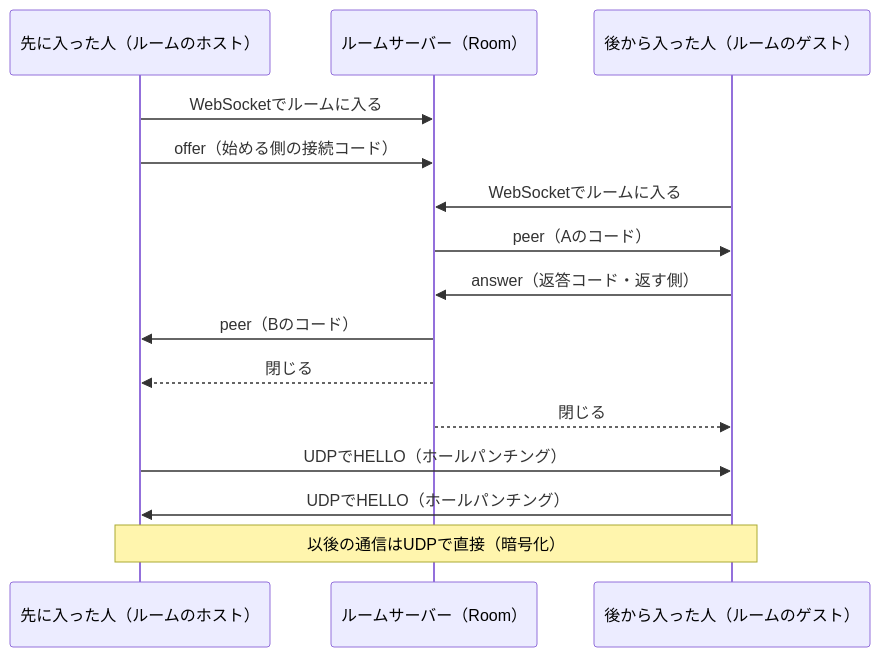
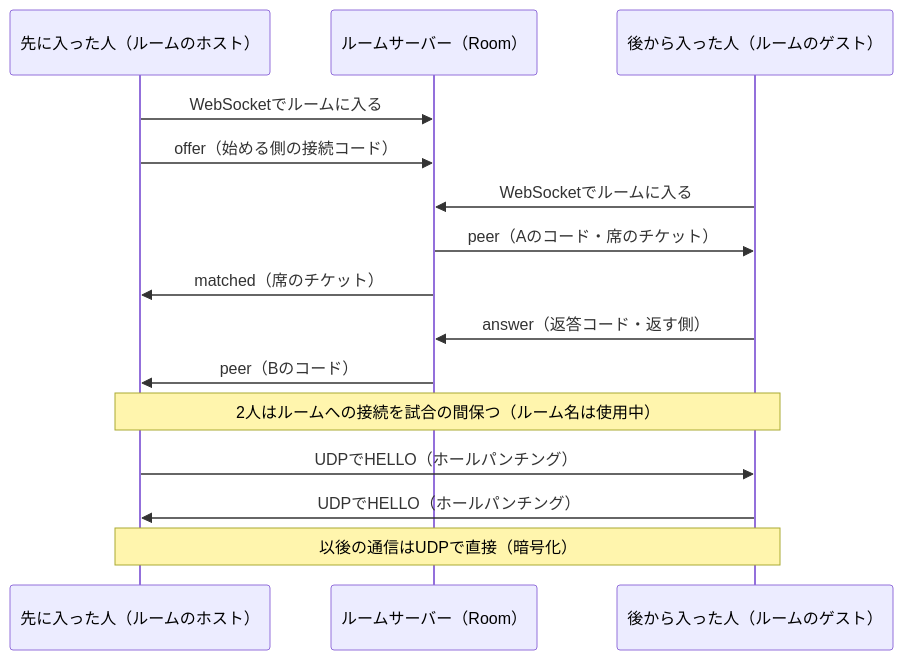
The second of 2 diagrams in TECHNICAL.md (Mako-th/HiganRTool), drawn with Mermaid before and after one commit. The commit also changed other lines of this file and 388 other files, not shown here.

````diff
--- a/TECHNICAL.md
+++ b/TECHNICAL.md
@@ -486,17 +527,17 @@
 ```mermaid
 sequenceDiagram
   participant A as 先に入った人（ルームのホスト）
   participant S as ルームサーバー（Room）
   participant B as 後から入った人（ルームのゲスト）
   A->>S: WebSocketでルームに入る
   A->>S: offer（始める側の接続コード）
   B->>S: WebSocketでルームに入る
-  S->>B: peer（Aのコード）
+  S->>B: peer（Aのコード・席のチケット）
+  S->>A: matched（席のチケット）
   B->>S: answer（返答コード・返す側）
   S->>A: peer（Bのコード）
-  S-->>A: 閉じる
-  S-->>B: 閉じる
+  Note over A,B: 2人はルームへの接続を試合の間保つ（ルーム名は使用中）
   A->>B: UDPでHELLO（ホールパンチング）
   B->>A: UDPでHELLO（ホールパンチング）
   Note over A,B: 以後の通信はUDPで直接（暗号化）
 ```
````
